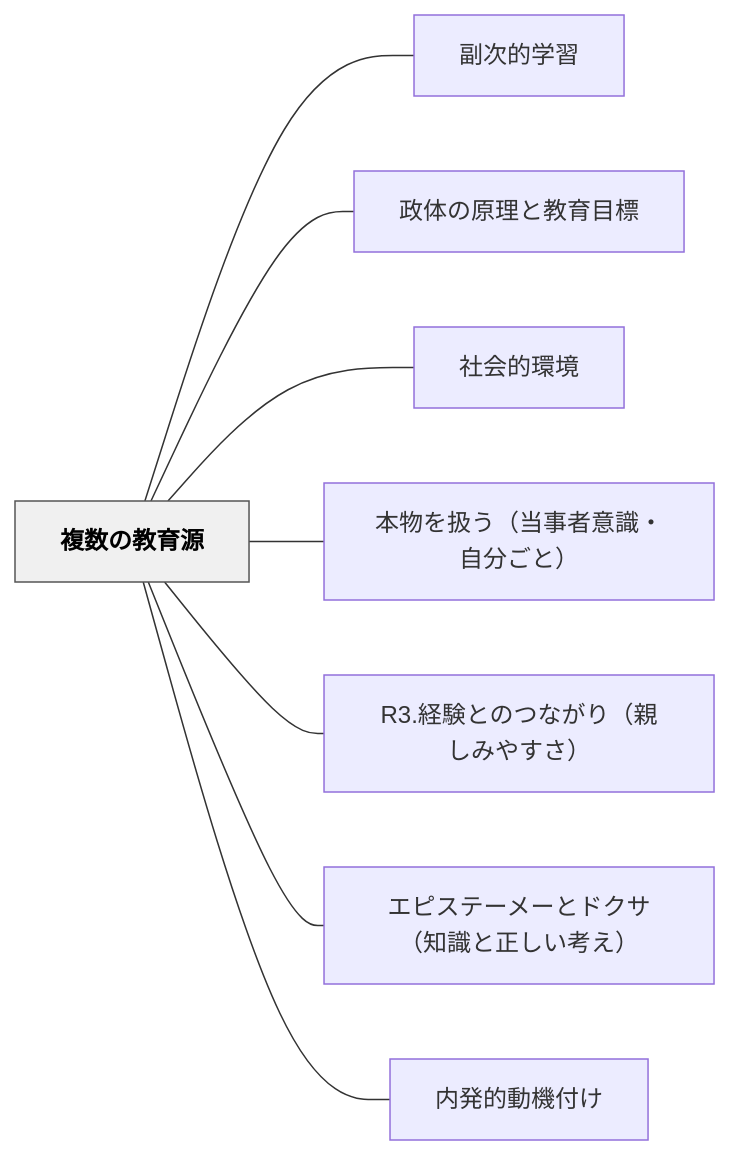
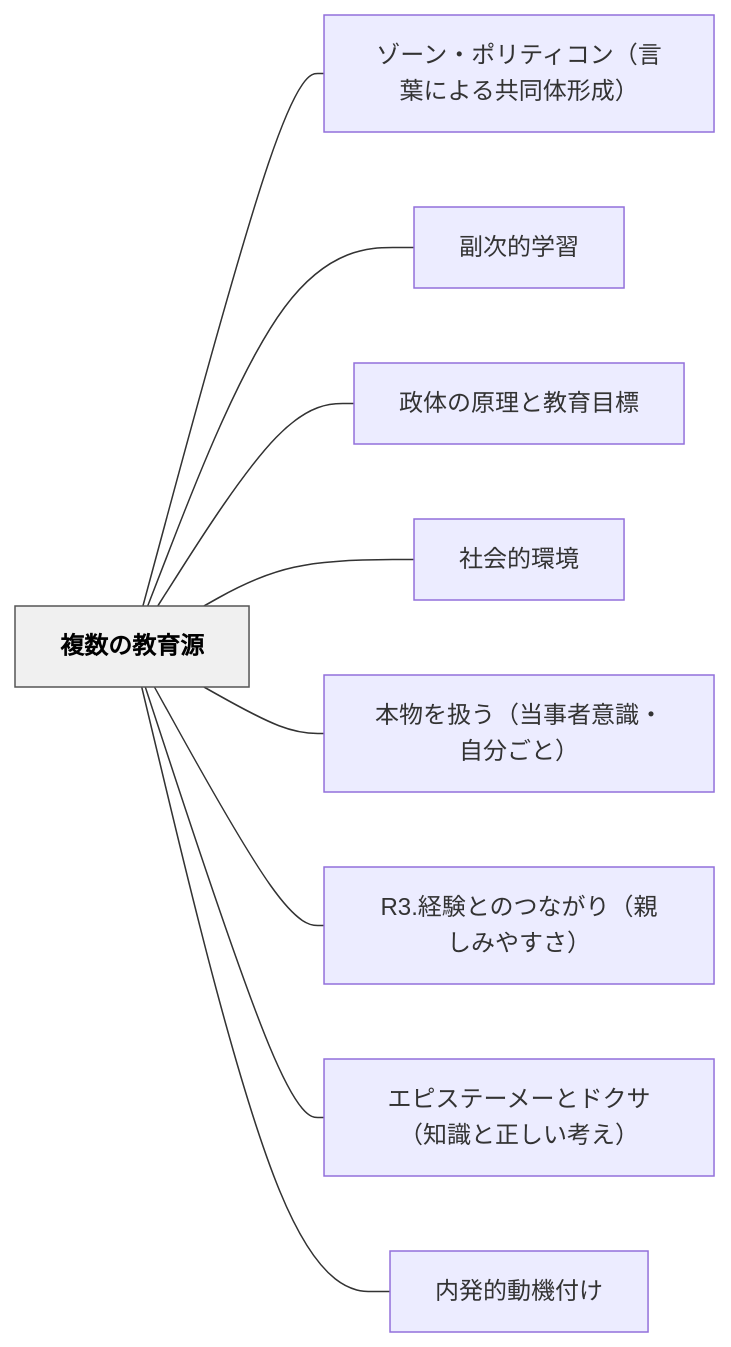
Before and after one commit to unknownthings-ed-patterns/unknownthings-ed-patterns: the diagram in content/パタン/複数の教育源.md, drawn with Mermaid. The commit also changed other lines of this file and 19 other files, not shown here.

````diff
--- a/content/パタン/複数の教育源.md
+++ b/content/パタン/複数の教育源.md
@@ -92,22 +93,24 @@
 ```mermaid
 flowchart LR
     ne8a487e695b0e381aee69599e882b2e6ba90["複数の教育源"]
+    ne382bee383bce383b3e383bbe3839de383aae38386e382a3e382b3e383b3efbc88e8a880e89189e381abe38288e3828be585b1e5908ce4bd93e5bda2e68890efbc89["ゾーン・ポリティコン（言葉による共同体形成）"]
     ne589afe6aca1e79a84e5ada6e7bf92["副次的学習"]
     ne694bfe4bd93e381aee58e9fe79086e381a8e69599e882b2e79baee6a899["政体の原理と教育目標"]
     ne7a4bee4bc9ae79a84e792b0e5a283["社会的環境"]
     ne69cace789a9e38292e689b1e38186efbc88e5bd93e4ba8be88085e6848fe8ad98e383bbe887aae58886e38194e381a8efbc89["本物を扱う（当事者意識・自分ごと）"]
     n52332ee7b58ce9a893e381a8e381aee381a4e381aae3818ce3828aefbc88e8a6aae38197e381bfe38284e38199e38195efbc89["R3.経験とのつながり（親しみやすさ）"]
     ne382a8e38394e382b9e38386e383bce383a1e383bce381a8e38389e382afe382b5efbc88e79fa5e8ad98e381a8e6ada3e38197e38184e88083e38188efbc89["エピステーメーとドクサ（知識と正しい考え）"]
     ne58685e799bae79a84e58b95e6a99fe4bb98e38191["内発的動機付け"]
 
+    ne8a487e695b0e381aee69599e882b2e6ba90 --- ne382bee383bce383b3e383bbe3839de383aae38386e382a3e382b3e383b3efbc88e8a880e89189e381abe38288e3828be585b1e5908ce4bd93e5bda2e68890efbc89
     ne8a487e695b0e381aee69599e882b2e6ba90 --- ne589afe6aca1e79a84e5ada6e7bf92
     ne8a487e695b0e381aee69599e882b2e6ba90 --- ne694bfe4bd93e381aee58e9fe79086e381a8e69599e882b2e79baee6a899
     ne8a487e695b0e381aee69599e882b2e6ba90 --- ne7a4bee4bc9ae79a84e792b0e5a283
     ne8a487e695b0e381aee69599e882b2e6ba90 --- ne69cace789a9e38292e689b1e38186efbc88e5bd93e4ba8be88085e6848fe8ad98e383bbe887aae58886e38194e381a8efbc89
     ne8a487e695b0e381aee69599e882b2e6ba90 --- n52332ee7b58ce9a893e381a8e381aee381a4e381aae3818ce3828aefbc88e8a6aae38197e381bfe38284e38199e38195efbc89
     ne8a487e695b0e381aee69599e882b2e6ba90 --- ne382a8e38394e382b9e38386e383bce383a1e383bce381a8e38389e382afe382b5efbc88e79fa5e8ad98e381a8e6ada3e38197e38184e88083e38188efbc89
     ne8a487e695b0e381aee69599e882b2e6ba90 --- ne58685e799bae79a84e58b95e6a99fe4bb98e38191
 
     classDef hub fill:#f0f0f0,stroke:#555,color:#000,font-weight:bold
     class ne8a487e695b0e381aee69599e882b2e6ba90 hub
 ```
````
